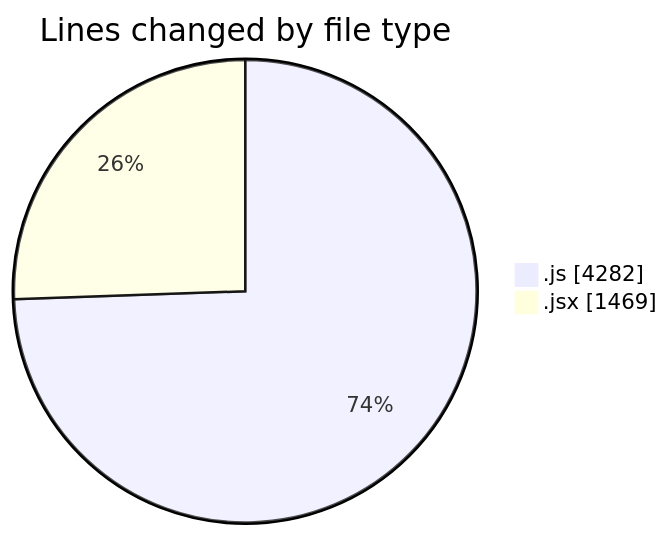
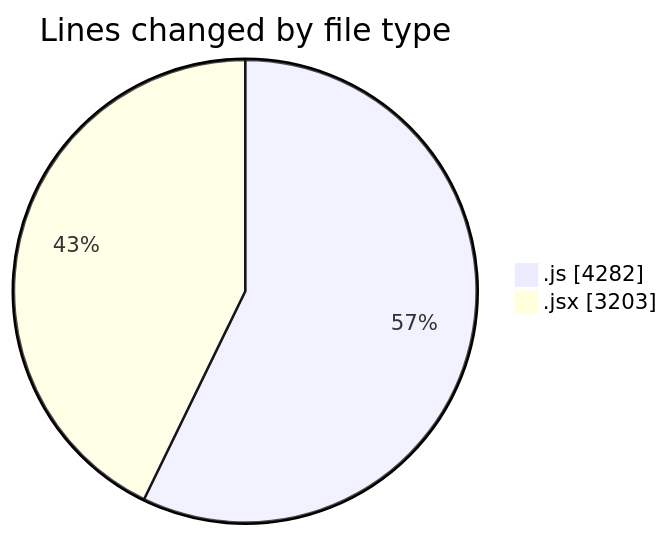
Before and after one commit to nxtqubesakshisongat/code-tracking: the first of 2 diagrams in 2025-12-29/nxtqube_webapp/README.md, drawn with Mermaid. The commit also changed other lines of this file and 1 other file, not shown here.

````diff
--- a/2025-12-29/nxtqube_webapp/README.md
+++ b/2025-12-29/nxtqube_webapp/README.md
@@ -23,6 +24,6 @@
 ```mermaid
 pie showData
 title Lines changed by file type
 ".js" : 4282
-".jsx" : 1469
+".jsx" : 3203
 ```
````
